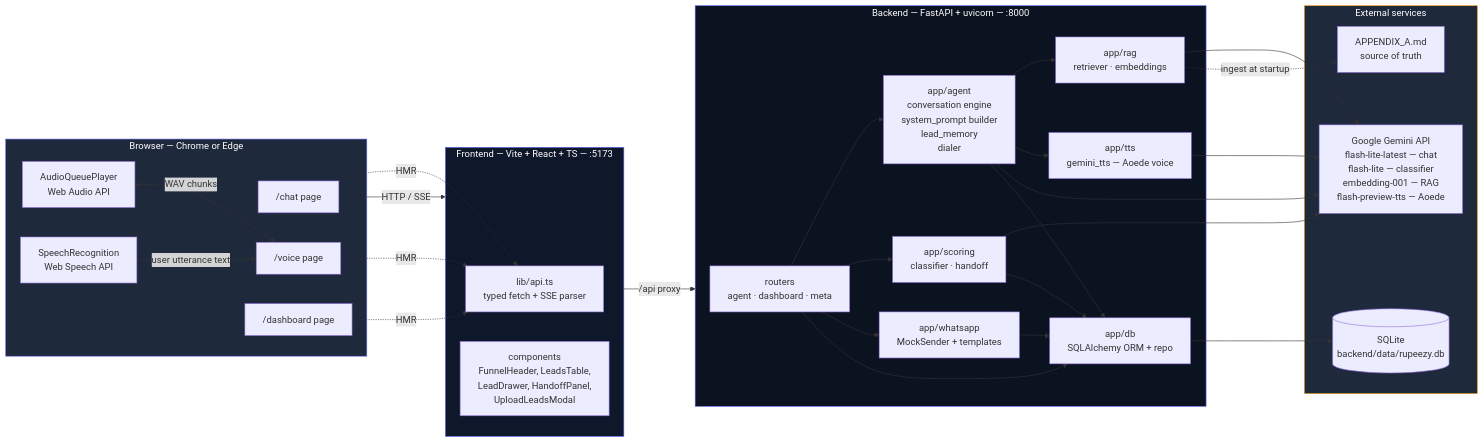
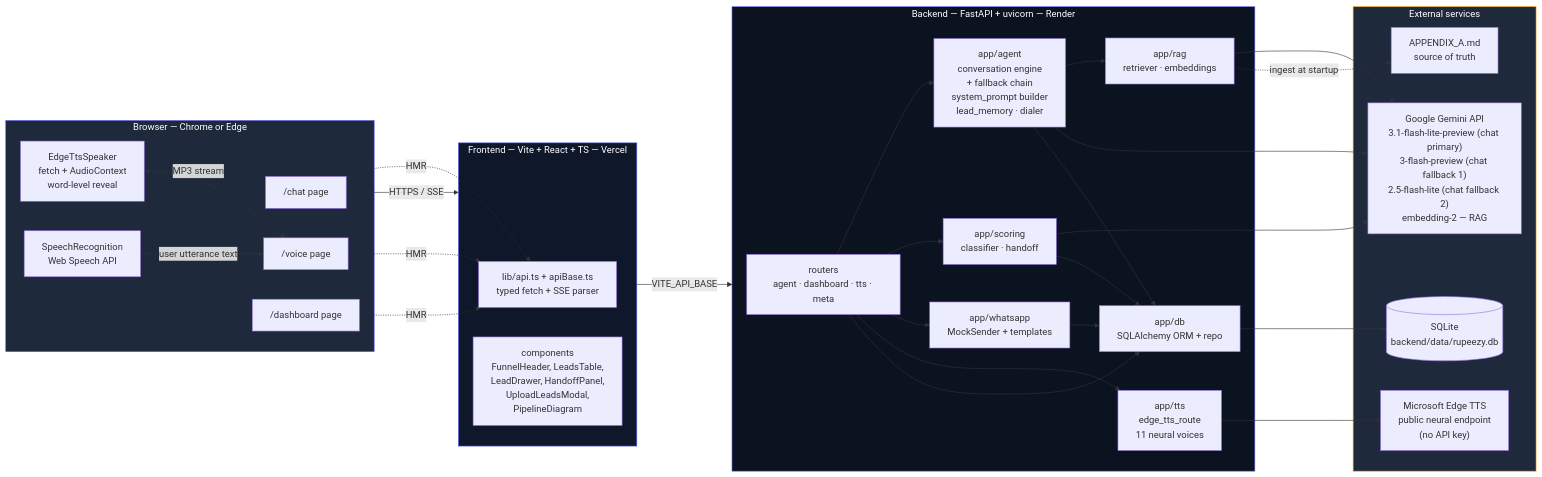
Before and after one commit to AmanG-04/rupeezy-voice-agent: the first of 10 diagrams in ARCHITECTURE.md, drawn with Mermaid. The commit also changed other lines of this file and 3 other files, not shown here.

````diff
--- a/ARCHITECTURE.md
+++ b/ARCHITECTURE.md
@@ -13,63 +14,64 @@
 ```mermaid
 flowchart LR
     subgraph Client["Browser — Chrome or Edge"]
         ChatPg["/chat page"]
         VoicePg["/voice page"]
         DashPg["/dashboard page"]
-        AudioPlayer["AudioQueuePlayer<br/>Web Audio API"]
+        EdgeTtsSpk["EdgeTtsSpeaker<br/>fetch + AudioContext<br/>word-level reveal"]
         SpeechRec["SpeechRecognition<br/>Web Speech API"]
     end
 
-    subgraph Frontend["Frontend — Vite + React + TS — :5173"]
-        ApiTs["lib/api.ts<br/>typed fetch + SSE parser"]
-        Components["components<br/>FunnelHeader, LeadsTable,<br/>LeadDrawer, HandoffPanel,<br/>UploadLeadsModal"]
+    subgraph Frontend["Frontend — Vite + React + TS — Vercel"]
+        ApiTs["lib/api.ts + apiBase.ts<br/>typed fetch + SSE parser"]
+        Components["components<br/>FunnelHeader, LeadsTable,<br/>LeadDrawer, HandoffPanel,<br/>UploadLeadsModal,<br/>PipelineDiagram"]
     end
 
-    subgraph Backend["Backend — FastAPI + uvicorn — :8000"]
-        Router["routers<br/>agent · dashboard · meta"]
-        AgentEng["app/agent<br/>conversation engine<br/>system_prompt builder<br/>lead_memory<br/>dialer"]
+    subgraph Backend["Backend — FastAPI + uvicorn — Render"]
+        Router["routers<br/>agent · dashboard · tts · meta"]
+        AgentEng["app/agent<br/>conversation engine<br/>+ fallback chain<br/>system_prompt builder<br/>lead_memory · dialer"]
         Scoring["app/scoring<br/>classifier · handoff"]
         RAG["app/rag<br/>retriever · embeddings"]
-        TTS["app/tts<br/>gemini_tts — Aoede voice"]
+        EdgeTts["app/tts<br/>edge_tts_route<br/>11 neural voices"]
         WApp["app/whatsapp<br/>MockSender + templates"]
         DB["app/db<br/>SQLAlchemy ORM + repo"]
     end
 
     subgraph External["External services"]
-        Gemini["Google Gemini API<br/>flash-lite-latest — chat<br/>flash-lite — classifier<br/>embedding-001 — RAG<br/>flash-preview-tts — Aoede"]
+        Gemini["Google Gemini API<br/>3.1-flash-lite-preview (chat primary)<br/>3-flash-preview (chat fallback 1)<br/>2.5-flash-lite (chat fallback 2)<br/>embedding-2 — RAG"]
+        EdgeTtsCloud["Microsoft Edge TTS<br/>public neural endpoint<br/>(no API key)"]
         SQLite[("SQLite<br/>backend/data/rupeezy.db")]
         AppendixMD["APPENDIX_A.md<br/>source of truth"]
     end
 
-    Client -->|HTTP / SSE| Frontend
+    Client -->|HTTPS / SSE| Frontend
     ChatPg -.HMR.-> ApiTs
     VoicePg -.HMR.-> ApiTs
     DashPg -.HMR.-> ApiTs
     SpeechRec -->|user utterance text| VoicePg
-    AudioPlayer <-->|WAV chunks| VoicePg
+    EdgeTtsSpk <-->|MP3 stream| VoicePg
 
-    Frontend -->|/api proxy| Backend
+    Frontend -->|VITE_API_BASE| Backend
     Router --> AgentEng
     Router --> Scoring
     Router --> WApp
+    Router --> EdgeTts
     Router --> DB
 
     AgentEng --> RAG
-    AgentEng --> TTS
     AgentEng --> Gemini
     Scoring --> Gemini
     RAG --> Gemini
-    TTS --> Gemini
+    EdgeTts --> EdgeTtsCloud
 
     AgentEng --> DB
     Scoring --> DB
     WApp --> DB
     DB --> SQLite
 
     RAG -.ingest at startup.-> AppendixMD
 
     style Client fill:#1E293B,stroke:#6366F1,color:#fff
     style Frontend fill:#0F172A,stroke:#6366F1,color:#fff
     style Backend fill:#0B1220,stroke:#6366F1,color:#fff
     style External fill:#1E293B,stroke:#F59E0B,color:#fff
 ```
````
